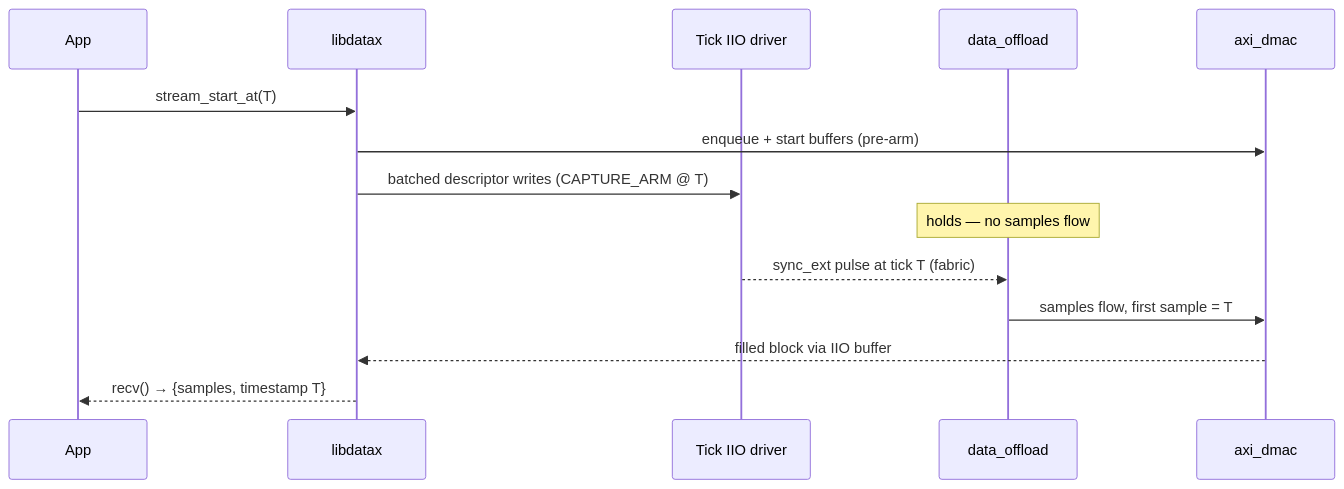
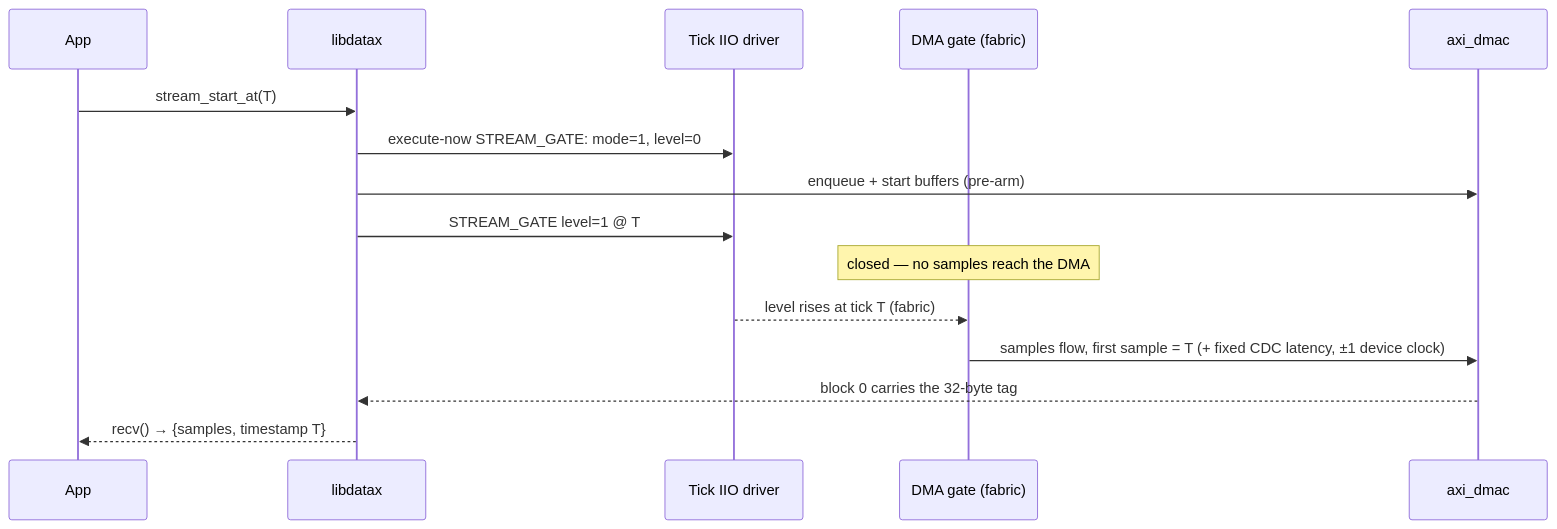
The diagram in docs/streaming-model.md (tfcollins/datax_sdk_sdr), drawn with Mermaid before and after one commit. The commit also changed other lines of this file and 8 other files, not shown here.

Commit message:
docs(P3b): per-board timed-stream mechanism, start_at/stream_gate contract, probed caps (#32)

````diff
--- a/docs/streaming-model.md
+++ b/docs/streaming-model.md
@@ -65,17 +111,18 @@
 ```{mermaid}
 sequenceDiagram
     participant App
     participant SDK as libdatax
     participant Drv as Tick IIO driver
-    participant OFFL as data_offload
+    participant GATE as DMA gate (fabric)
     participant DMA as axi_dmac
 
     App->>SDK: stream_start_at(T)
+    SDK->>Drv: execute-now STREAM_GATE: mode=1, level=0
     SDK->>DMA: enqueue + start buffers (pre-arm)
-    SDK->>Drv: batched descriptor writes (CAPTURE_ARM @ T)
-    Note over OFFL: holds — no samples flow
-    Drv-->>OFFL: sync_ext pulse at tick T (fabric)
-    OFFL->>DMA: samples flow, first sample = T
-    DMA-->>SDK: filled block via IIO buffer
+    SDK->>Drv: STREAM_GATE level=1 @ T
+    Note over GATE: closed — no samples reach the DMA
+    Drv-->>GATE: level rises at tick T (fabric)
+    GATE->>DMA: samples flow, first sample = T (+ fixed CDC latency, ±1 device clock)
+    DMA-->>SDK: block 0 carries the 32-byte tag
     SDK-->>App: recv() → {samples, timestamp T}
 ```
````
